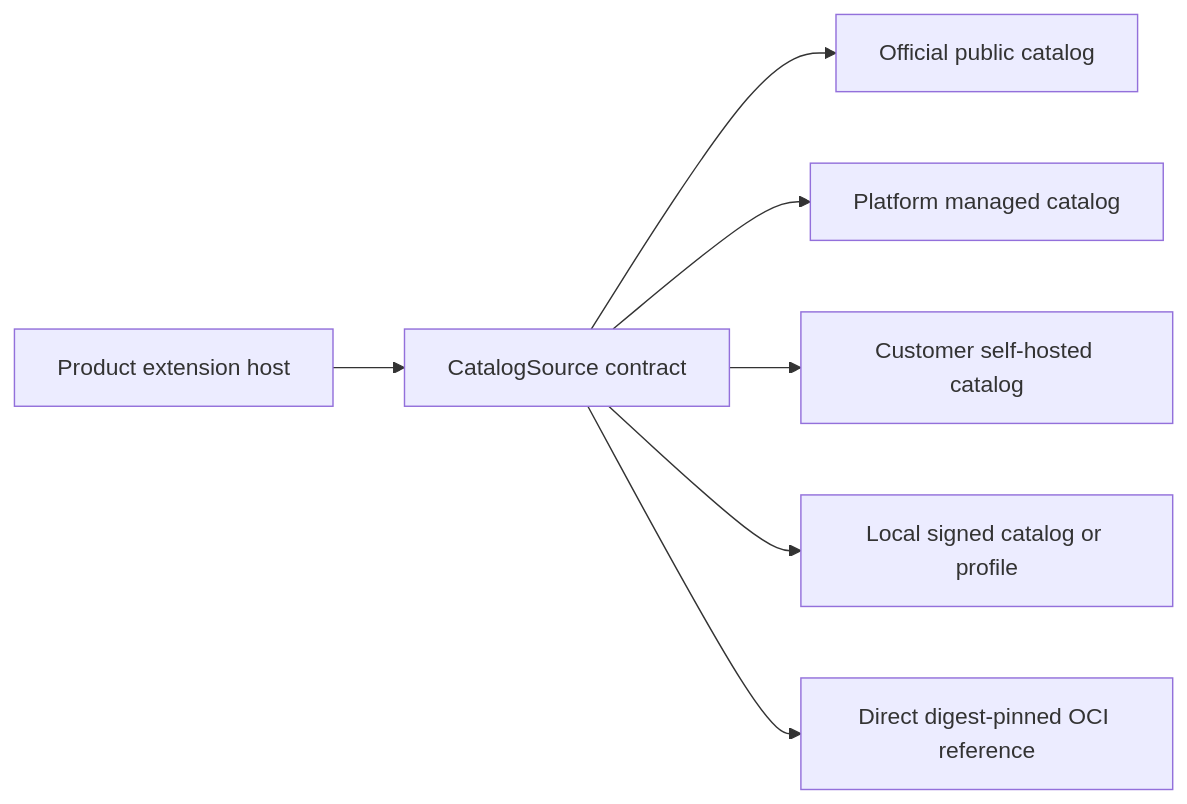
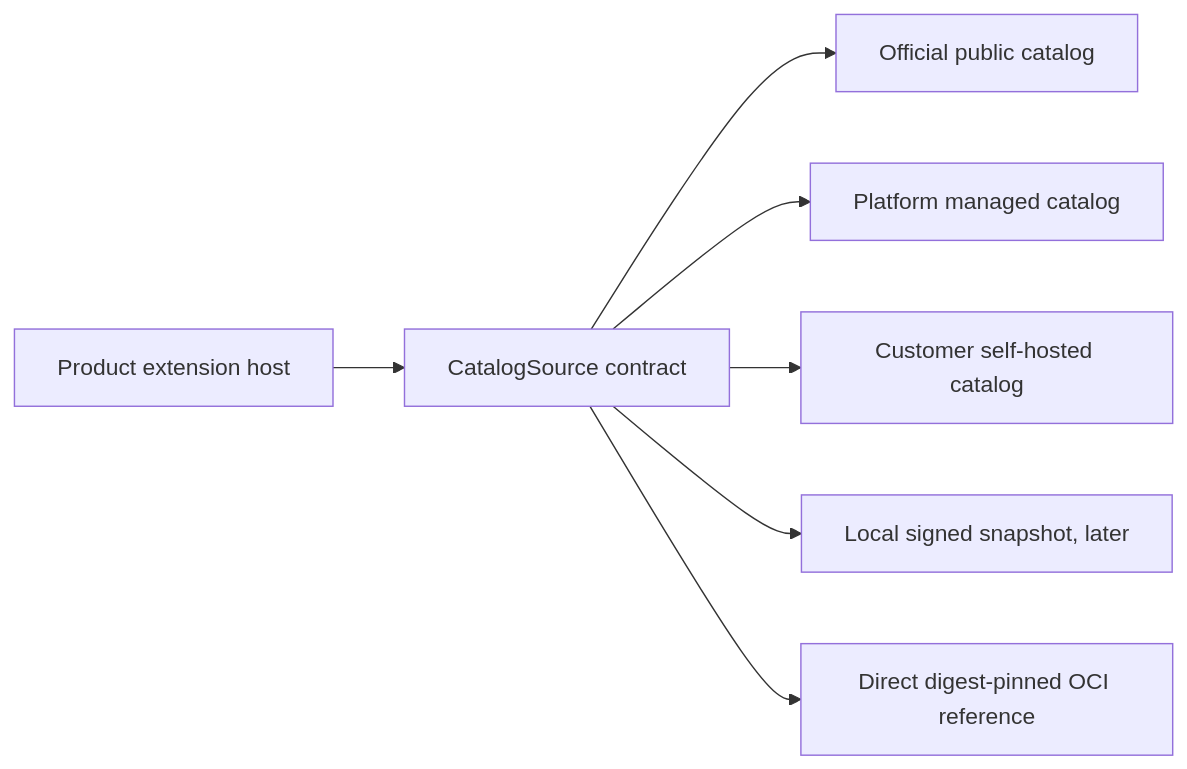
One commit to agent-teams-ai/extension-foundation changed the diagram in docs/open-decisions/OD-001-federated-extension-catalog-topology.md. Above: the diagram before and after it, drawn with Mermaid. The commit also changed other lines of this file and 13 other files, not shown here.

````diff
--- a/docs/open-decisions/OD-001-federated-extension-catalog-topology.md
+++ b/docs/open-decisions/OD-001-federated-extension-catalog-topology.md
@@ -26,9 +30,9 @@
 ```mermaid
 flowchart LR
     Host["Product extension host"] --> Source["CatalogSource contract"]
     Source --> Official["Official public catalog"]
     Source --> Managed["Platform managed catalog"]
     Source --> Private["Customer self-hosted catalog"]
-    Source --> Local["Local signed catalog or profile"]
+    Source --> Local["Local signed snapshot, later"]
     Source --> Direct["Direct digest-pinned OCI reference"]
 ```
````
